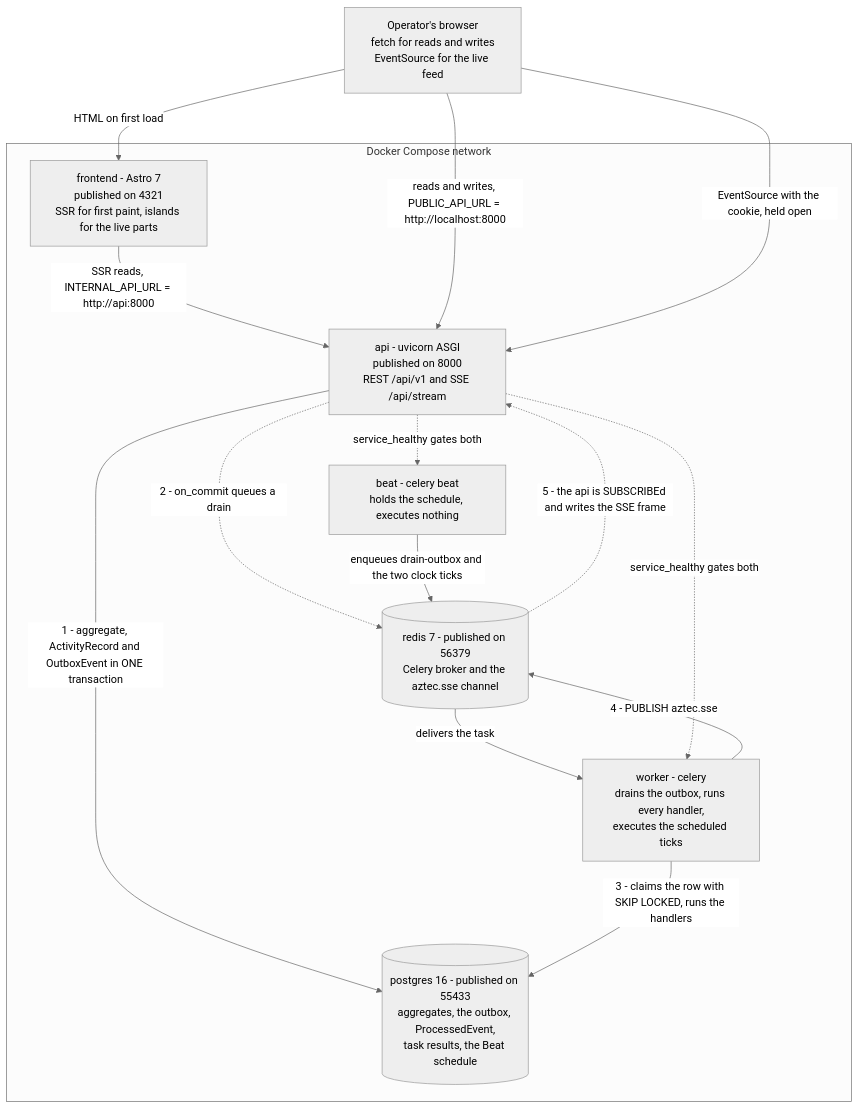
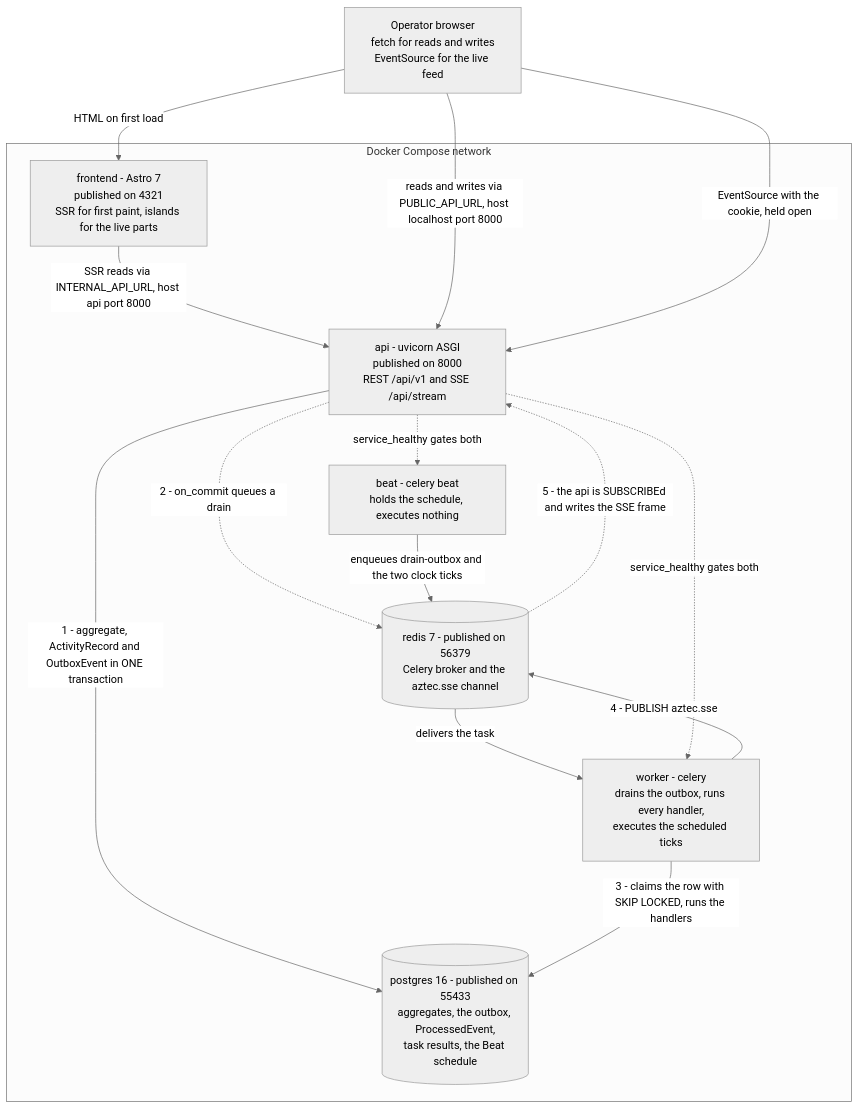
Before and after one commit to alejandrovelez243/aztec-ops: the first of 9 diagrams in docs/ARCHITECTURE.md, drawn with Mermaid (neutral theme). The commit also changed 14 other files, not shown here.

````diff
--- a/docs/ARCHITECTURE.md
+++ b/docs/ARCHITECTURE.md
@@ -73,29 +73,29 @@
 ```mermaid
 flowchart TB
-  BROWSER["Operator's browser<br/>fetch for reads and writes<br/>EventSource for the live feed"]
+  BROWSER["Operator browser<br/>fetch for reads and writes<br/>EventSource for the live feed"]
 
   subgraph net["Docker Compose network"]
     FE["frontend - Astro 7<br/>published on 4321<br/>SSR for first paint, islands for the live parts"]
     API["api - uvicorn ASGI<br/>published on 8000<br/>REST /api/v1 and SSE /api/stream"]
     W["worker - celery<br/>drains the outbox, runs every handler,<br/>executes the scheduled ticks"]
     B["beat - celery beat<br/>holds the schedule, executes nothing"]
     PG[("postgres 16 - published on 55433<br/>aggregates, the outbox, ProcessedEvent,<br/>task results, the Beat schedule")]
     RD[("redis 7 - published on 56379<br/>Celery broker and the aztec.sse channel")]
   end
 
   BROWSER -->|"HTML on first load"| FE
-  FE -->|"SSR reads, INTERNAL_API_URL = http://api:8000"| API
-  BROWSER -->|"reads and writes, PUBLIC_API_URL = http://localhost:8000"| API
+  FE -->|"SSR reads via INTERNAL_API_URL, host api port 8000"| API
+  BROWSER -->|"reads and writes via PUBLIC_API_URL, host localhost port 8000"| API
   BROWSER -->|"EventSource with the cookie, held open"| API
 
   API -->|"1 - aggregate, ActivityRecord and OutboxEvent in ONE transaction"| PG
   API -.->|"2 - on_commit queues a drain"| RD
   RD -->|"delivers the task"| W
   W -->|"3 - claims the row with SKIP LOCKED, runs the handlers"| PG
   W -->|"4 - PUBLISH aztec.sse"| RD
   RD -.->|"5 - the api is SUBSCRIBEd and writes the SSE frame"| API
 
   B -->|"enqueues drain-outbox and the two clock ticks"| RD
   API -.->|"service_healthy gates both"| W
   API -.->|"service_healthy gates both"| B
 ```
````
